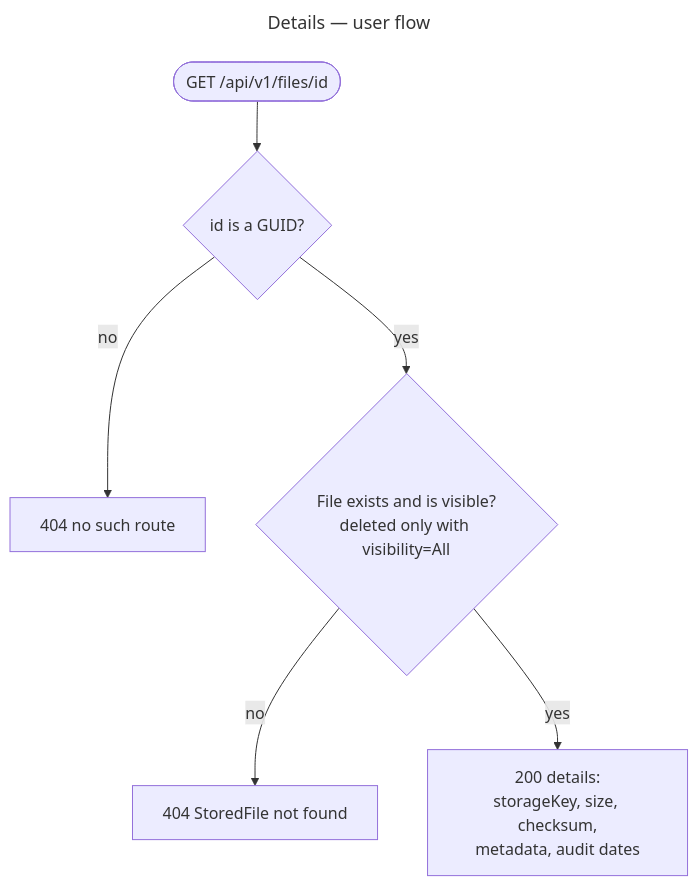
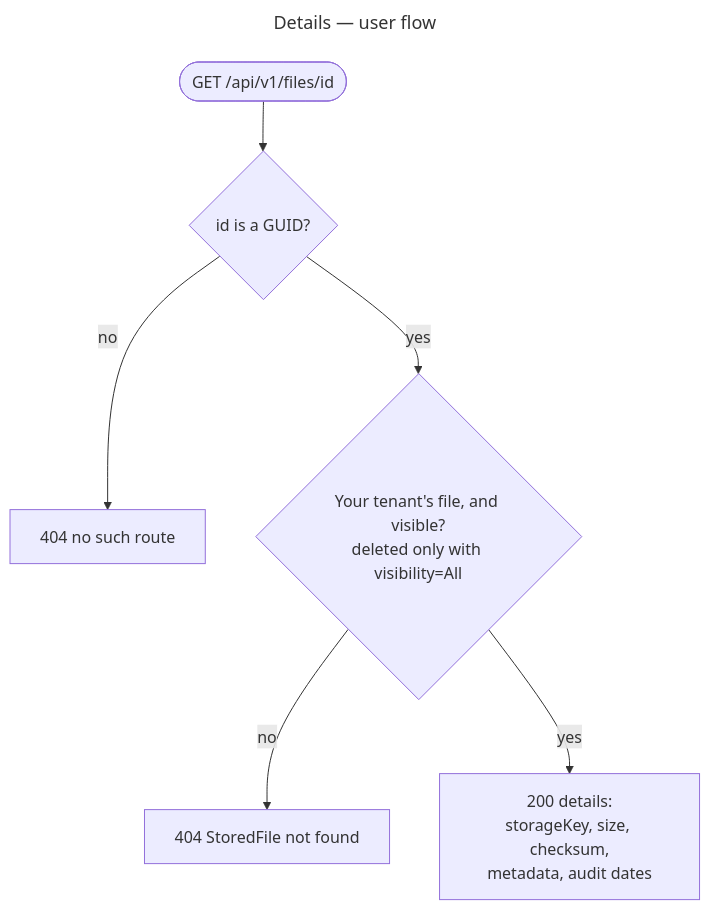
Before and after one commit to gmetskhvarishvili/GM.FileStorage.Samples: the seventh of 12 diagrams in docs/user-flows.md, drawn with Mermaid. The commit also changed other lines of this file and 23 other files, not shown here.

````diff
--- a/docs/user-flows.md
+++ b/docs/user-flows.md
@@ -174,11 +181,11 @@
 ```mermaid
 ---
 title: Details — user flow
 ---
 flowchart TD
     start([GET /api/v1/files/id]) --> guid{id is a GUID?}
     guid -- no --> n404[404 no such route]
-    guid -- yes --> exists{File exists and is visible?<br/>deleted only with visibility=All}
+    guid -- yes --> exists{Your tenant's file, and visible?<br/>deleted only with visibility=All}
     exists -- no --> f404[404 StoredFile not found]
     exists -- yes --> ok[200 details:<br/>storageKey, size, checksum,<br/>metadata, audit dates]
 ```
````
